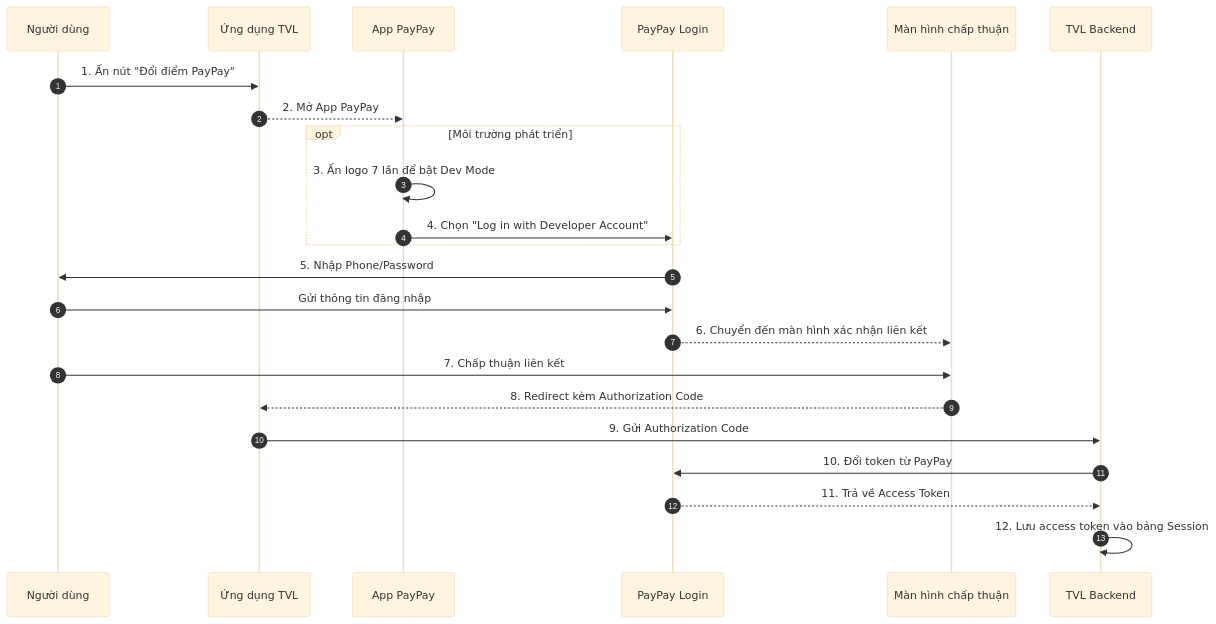
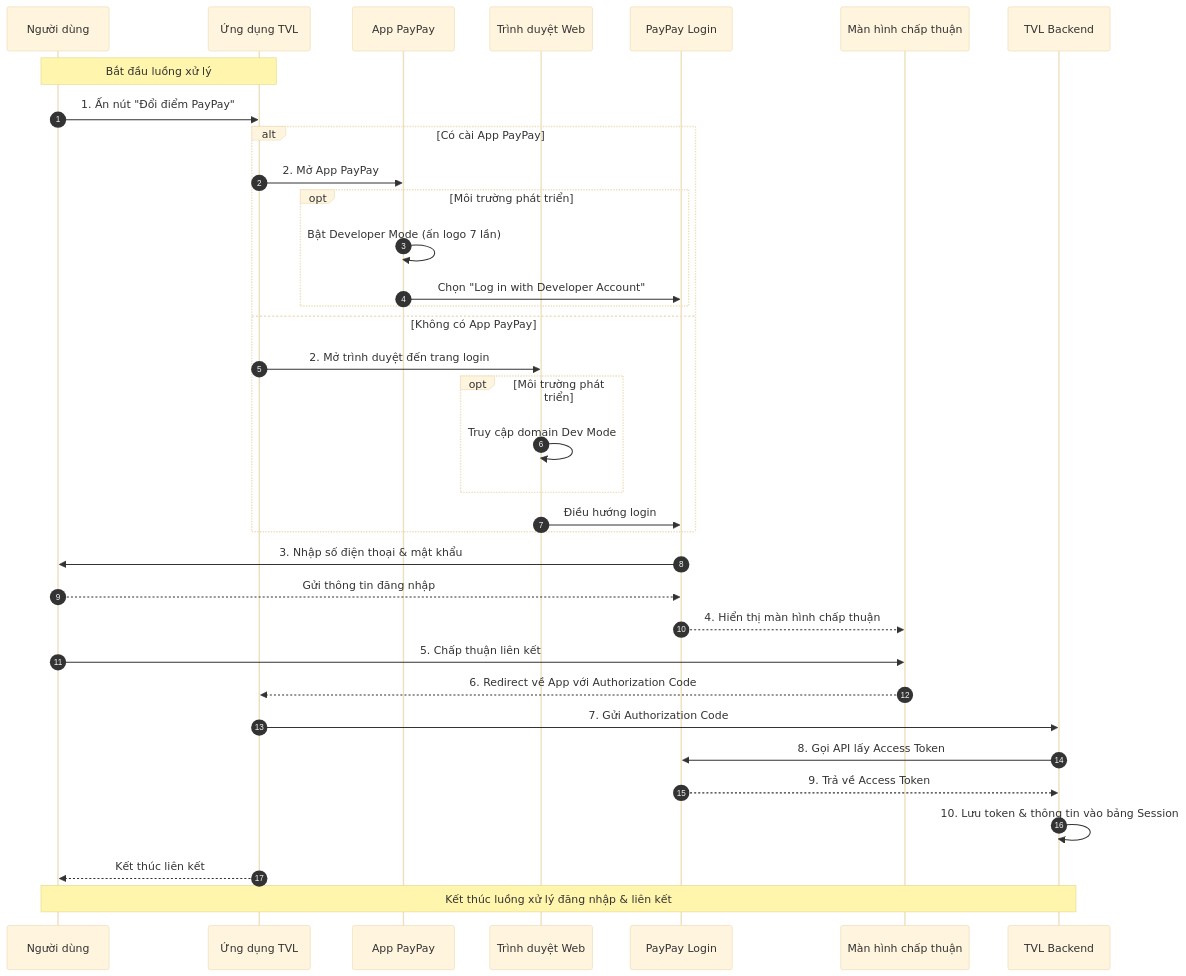
The diagram in docs/points_exchange/paypay/[DOC]_paypay_login.md (tuanvh262-zigexn/apw_documents), drawn with Mermaid (base theme) before and after one commit. The commit also changed other lines of this file and 1 other file, not shown here.

Commit message:
resolve feedback

````diff
--- a/docs/points_exchange/paypay/[DOC]_paypay_login.md
+++ b/docs/points_exchange/paypay/[DOC]_paypay_login.md
@@ -54,26 +54,46 @@
-  ```mermaid
-  sequenceDiagram
-    autonumber
-    participant User as Người dùng
-    participant TVLApp as Ứng dụng TVL
-    participant PayPayApp as App PayPay
-    participant PayPayLogin as PayPay Login
-    participant Consent as Màn hình chấp thuận
-    participant TVLBE as TVL Backend
+```mermaid
+sequenceDiagram
+  autonumber
+  participant User as Người dùng
+  participant TVLApp as Ứng dụng TVL
+  participant PayPayApp as App PayPay
+  participant Browser as Trình duyệt Web
+  participant PayPayLogin as PayPay Login
+  participant Consent as Màn hình chấp thuận
+  participant TVLBE as TVL Backend
 
-    User->>TVLApp: 1. Ấn nút "Đổi điểm PayPay"
-    TVLApp-->>PayPayApp: 2. Mở App PayPay
+  Note over User,TVLApp: Bắt đầu luồng xử lý
+
+  User->>TVLApp: 1. Ấn nút "Đổi điểm PayPay"
+
+  alt Có cài App PayPay
+    TVLApp->>PayPayApp: 2. Mở App PayPay
+
     opt Môi trường phát triển
-        PayPayApp->>PayPayApp: 3. Ấn logo 7 lần để bật Dev Mode
-        PayPayApp->>PayPayLogin: 4. Chọn "Log in with Developer Account"
+      PayPayApp->>PayPayApp: Bật Developer Mode (ấn logo 7 lần)
+      PayPayApp->>PayPayLogin: Chọn "Log in with Developer Account"
     end
-    PayPayLogin->>User: 5. Nhập Phone/Password
-    User->>PayPayLogin: Gửi thông tin đăng nhập
-    PayPayLogin-->>Consent: 6. Chuyển đến màn hình xác nhận liên kết
-    User->>Consent: 7. Chấp thuận liên kết
-    Consent-->>TVLApp: 8. Redirect kèm Authorization Code
-    TVLApp->>TVLBE: 9. Gửi Authorization Code
-    TVLBE->>PayPayLogin: 10. Đổi token từ PayPay
-    PayPayLogin-->>TVLBE: 11. Trả về Access Token
-    TVLBE->>TVLBE: 12. Lưu access token vào bảng Session
-  ```
+  else Không có App PayPay
+    TVLApp->>Browser: 2. Mở trình duyệt đến trang login
+    opt Môi trường phát triển
+      Browser->>Browser: Truy cập domain Dev Mode
+    end
+    Browser->>PayPayLogin: Điều hướng login
+  end
+
+  PayPayLogin->>User: 3. Nhập số điện thoại & mật khẩu
+  User-->>PayPayLogin: Gửi thông tin đăng nhập
+  PayPayLogin-->>Consent: 4. Hiển thị màn hình chấp thuận
+  User->>Consent: 5. Chấp thuận liên kết
+
+  Consent-->>TVLApp: 6. Redirect về App với Authorization Code
+  TVLApp->>TVLBE: 7. Gửi Authorization Code
+  TVLBE->>PayPayLogin: 8. Gọi API lấy Access Token
+  PayPayLogin-->>TVLBE: 9. Trả về Access Token
+  TVLBE->>TVLBE: 10. Lưu token & thông tin vào bảng Session
+
+  TVLApp-->>User: Kết thúc liên kết
+
+  Note over User,TVLBE: Kết thúc luồng xử lý đăng nhập & liên kết
+
+```
````
